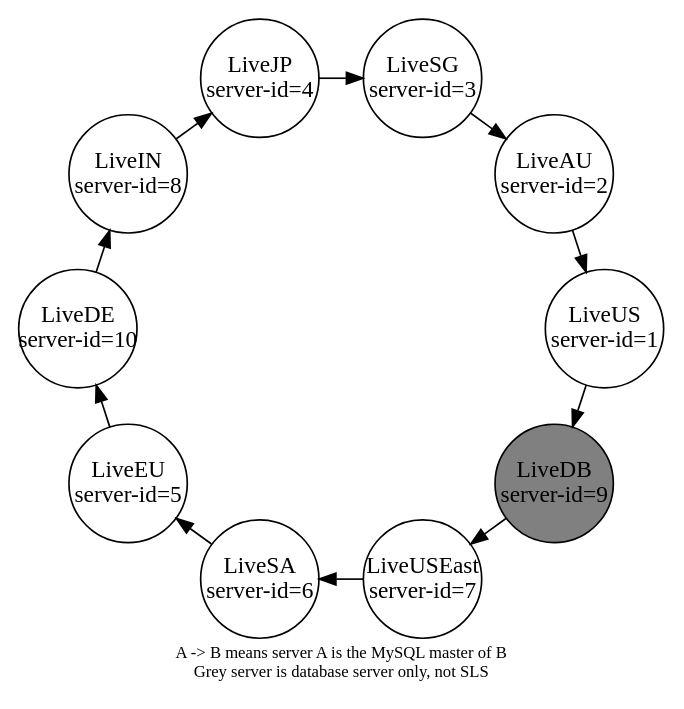
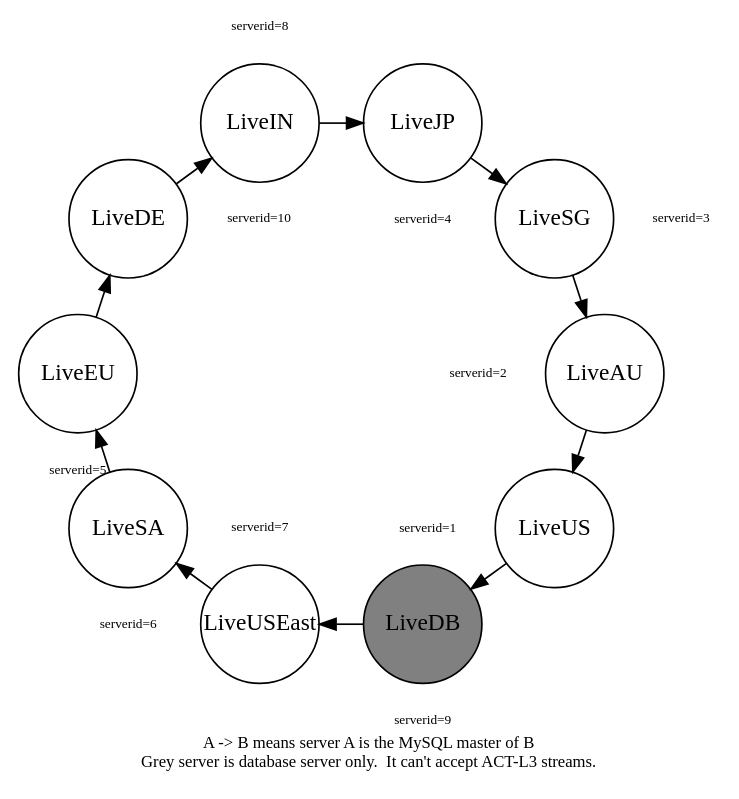
Before and after one commit to gkwa/graphviz-practice: the diagram in t1/livering_observed.dot, drawn with Graphviz.

Commit message:
Add server-id labels, add ability to make dot comments within emacs

```diff
--- a/t1/livering_observed.dot
+++ b/t1/livering_observed.dot
@@ -1,39 +1,73 @@
 # Slave Server <= Master Server = Slave Server ID
 
 digraph MySQLRep {
 
 	# ratio=1.4142;
 	size="11.69,16.53"
 	layout=circo;
 
 	node [shape=circle,fixedsize=true,width=0.99];
 
-	LiveDB [style=filled,fillcolor=grey];
+	LiveUS [ label=LiveUS ];
+	LiveAU [ label=LiveAU ];
+	LiveSG [ label=LiveSG ];
+	LiveJP [ label=LiveJP ];
+	LiveEU [ label=LiveEU ];
+	LiveSA [ label=LiveSA ];
+	LiveUSEast [ label=LiveUSEast ];
+	LiveIN [ label=LiveIN ];
+	LiveDB [ label=LiveDB ];
+	LiveDE [ label=LiveDE ];
 
-	LiveUS [ label="LiveUS\nserver-id=1" ];
-	LiveAU [ label="LiveAU\nserver-id=2" ];
-	LiveSG [ label="LiveSG\nserver-id=3" ];
-	LiveJP [ label="LiveJP\nserver-id=4" ];
-	LiveEU [ label="LiveEU\nserver-id=5" ];
-	LiveSA [ label="LiveSA\nserver-id=6" ];
-	LiveUSEast [ label="LiveUSEast\nserver-id=7" ];
-	LiveIN [ label="LiveIN\nserver-id=8" ];
-	LiveDB [ label="LiveDB\nserver-id=9" ];
-	LiveDE [ label="LiveDE\nserver-id=10" ];
+	# Here I wanted to show that when a local mysql connection can't be
+	# made, then the connection is made to LiveDB, but adding these dotted
+	# edges screws up the ring.
+	# LiveUS->LiveDB [style=dotted];
+	# LiveAU->LiveDB [style=dotted];
+	# LiveSG->LiveDB [style=dotted];
+	# LiveJP->LiveDB [style=dotted];
+	# LiveIN->LiveDB [style=dotted];
+	# LiveDE->LiveDB [style=dotted];
+	# LiveEU->LiveDB [style=dotted];
+	# LiveSA->LiveDB [style=dotted];
+	# LiveUSEast->LiveDB [style=dotted];
+
+	# This notation LiveUS:w (for example) uses graphviz compass points to
+	# position the edge.
+	# http://stackoverflow.com/questions/1477532/how-to-force-position-of-edges-in-graphviz
+	LiveUS:w->LiveUS:w [ fontsize=8 penwidth=0 dir=none label="serverid=1"];
+	LiveAU:sw->LiveAU:sw [ fontsize=8 penwidth=0 dir=none label="serverid=2"];
+	LiveSG:e->LiveSG:e [ fontsize=8 penwidth=0 dir=none label="serverid=3"];
+	LiveJP:s->LiveJP:s [ fontsize=8 penwidth=0 dir=none label="serverid=4"];
+	LiveEU:s->LiveEU:s [ fontsize=8 penwidth=0 dir=none label="serverid=5"];
+	LiveSA:s->LiveSA:s [ fontsize=8 penwidth=0 dir=none label="serverid=6"];
+	LiveUSEast:n->LiveUSEast:n [ fontsize=8 penwidth=0 dir=none label="serverid=7"];
+	LiveIN:n->LiveIN:n [ fontsize=8 penwidth=0 dir=none label="serverid=8"];
+	LiveDB:s->LiveDB:s [ fontsize=8 penwidth=0 dir=none label="serverid=9"];
+	LiveDE:e->LiveDE:e [ fontsize=8 penwidth=0 dir=none label="serverid=10"];
 
 	LiveDB->LiveUSEast;
 	LiveUSEast->LiveSA;
 	LiveSA->LiveEU;
 	LiveEU->LiveDE;
 	LiveDE->LiveIN;
 	LiveIN->LiveJP;
 	LiveJP->LiveSG;
 	LiveSG->LiveAU;
 	LiveAU->LiveUS;
 	LiveUS->LiveDB;
 
 	overlap=false
-	label="A -> B means server A is the MySQL master of B\nGrey server is database server only, not SLS"
+	label="A -> B means server A is the MySQL master of B\nGrey server is database server only.  It can't accept ACT-L3 streams."
 	fontsize=10;
 
+	LiveDB [style=filled,fillcolor=grey];
+
 }
+
+# Emacs vars
+# Local Variables: ***
+# comment-column:0 ***
+# tab-width: 2 ***
+# comment-start:"# " ***
+# End: ***
```
